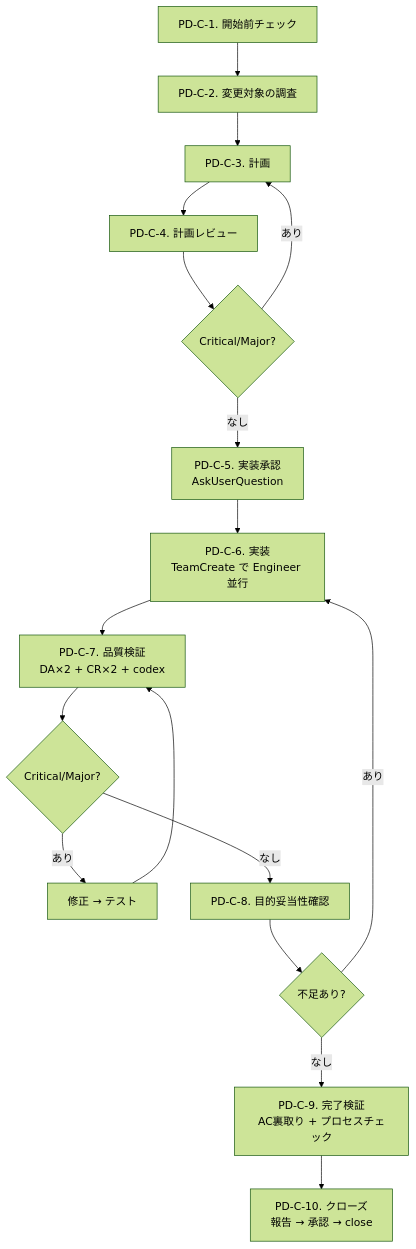
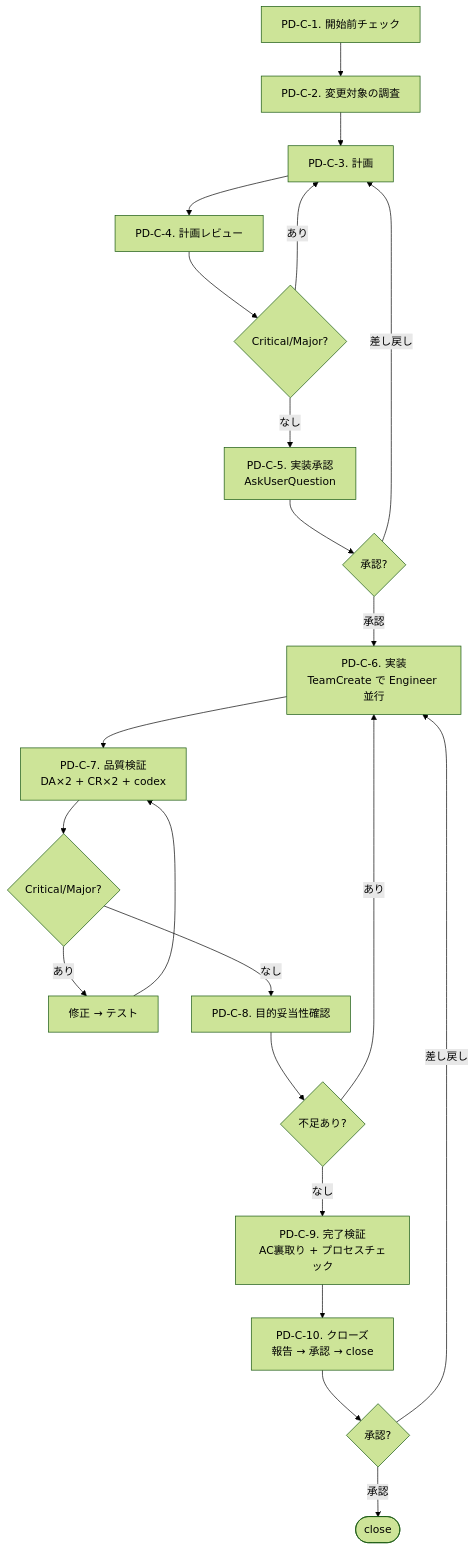
One commit to masuidrive/pdh changed the second of 3 diagrams in skills/pdh-dev/SKILL.md. Above: the diagram before and after it, drawn with Mermaid (forest theme). The commit also changed other lines of this file and 1 other file, not shown here.

Commit message:
refactor(skills): gate 差し戻しフロー追加 + Monitor をセルフチェック中心に再設計
pdh-dev: PD-C-5/PD-C-10 に差し戻し分岐を追加（フローチャート + テキスト）
tmux-director: Monitor から PDH チェックを削除し、TD-3.5 をセルフチェック中心に簡素化

````diff
--- a/skills/pdh-dev/SKILL.md
+++ b/skills/pdh-dev/SKILL.md
@@ -70,19 +70,23 @@
 ```mermaid
 flowchart TD
     PDC1["PD-C-1. 開始前チェック"] --> PDC2
     PDC2["PD-C-2. 変更対象の調査"] --> PDC3
     PDC3["PD-C-3. 計画"] --> PDC4
     PDC4["PD-C-4. 計画レビュー"] --> PDC4q{"Critical/Major?"}
     PDC4q -- "あり" --> PDC3
     PDC4q -- "なし" --> PDC5
-    PDC5["PD-C-5. 実装承認<br/>AskUserQuestion"] --> PDC6
+    PDC5["PD-C-5. 実装承認<br/>AskUserQuestion"] --> PDC5q{"承認?"}
+    PDC5q -- "差し戻し" --> PDC3
+    PDC5q -- "承認" --> PDC6
     PDC6["PD-C-6. 実装<br/>TeamCreate で Engineer 並行"] --> PDC7
     PDC7["PD-C-7. 品質検証<br/>DA×2 + CR×2 + codex"] --> PDC7q{"Critical/Major?"}
     PDC7q -- "あり" --> PDC7fix["修正 → テスト"] --> PDC7
     PDC7q -- "なし" --> PDC8
     PDC8["PD-C-8. 目的妥当性確認"] --> PDC8q{"不足あり?"}
     PDC8q -- "あり" --> PDC6
     PDC8q -- "なし" --> PDC9
     PDC9["PD-C-9. 完了検証<br/>AC裏取り + プロセスチェック"] --> PDC10
-    PDC10["PD-C-10. クローズ<br/>報告 → 承認 → close"]
+    PDC10["PD-C-10. クローズ<br/>報告 → 承認 → close"] --> PDC10q{"承認?"}
+    PDC10q -- "差し戻し" --> PDC6
+    PDC10q -- "承認" --> Done([close])
 ```
````
